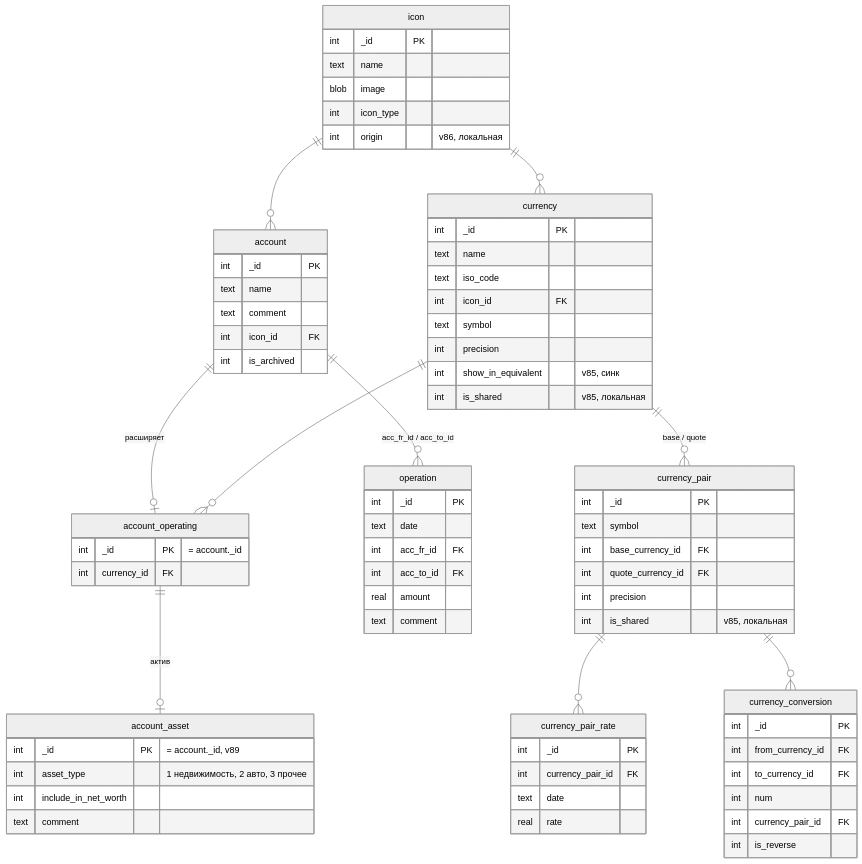
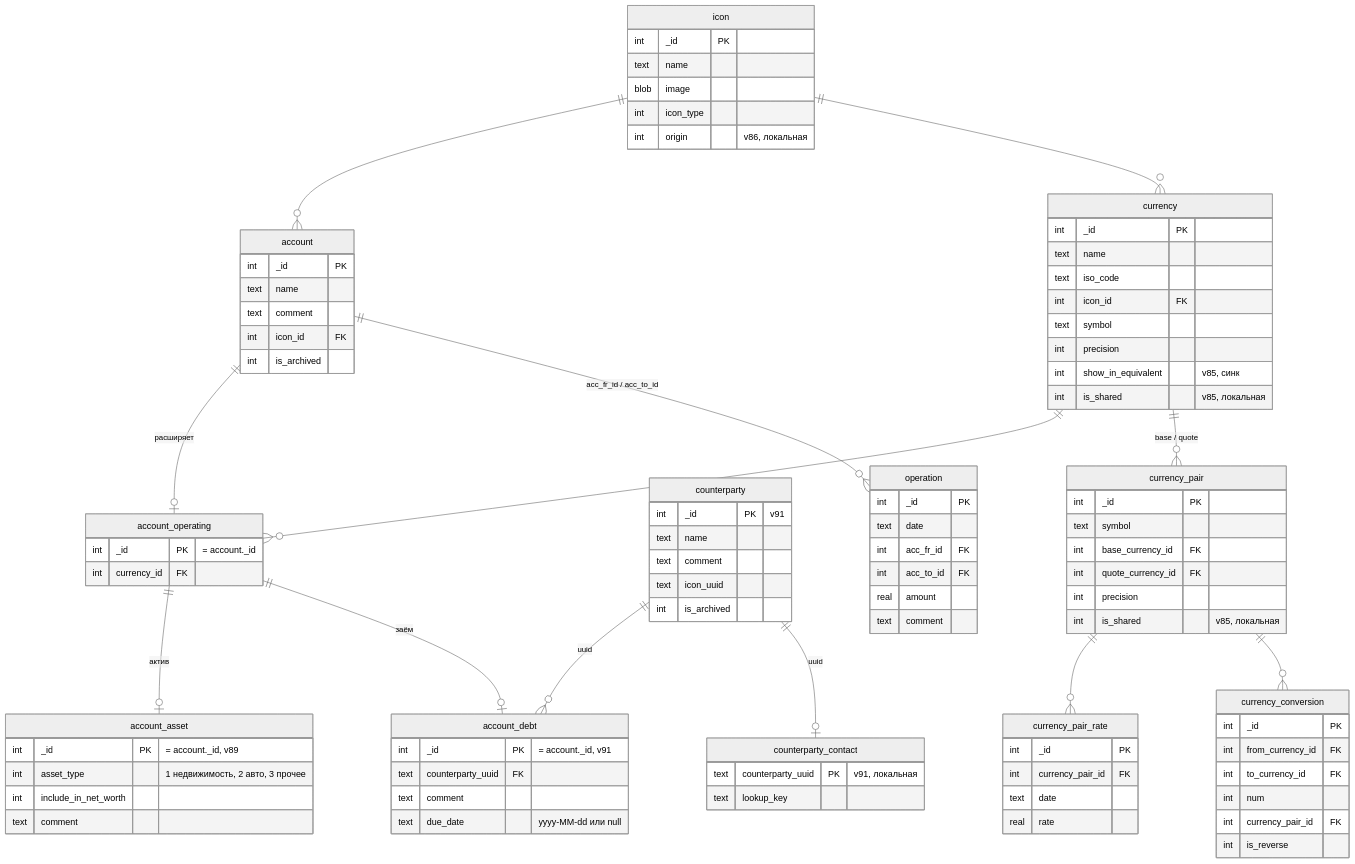
Before and after one commit to WalletTransactions/android-wallet: the second of 4 diagrams in docs/ARCHITECTURE.md, drawn with Mermaid (neutral theme). The commit also changed other lines of this file and 50 other files, not shown here.

```diff
--- a/docs/ARCHITECTURE.md
+++ b/docs/ARCHITECTURE.md
@@ -223,6 +223,23 @@
         int include_in_net_worth
         text comment
     }
+    account_debt {
+        int _id PK "= account._id, v91"
+        text counterparty_uuid FK
+        text comment
+        text due_date "yyyy-MM-dd или null"
+    }
+    counterparty {
+        int _id PK "v91"
+        text name
+        text comment
+        text icon_uuid
+        int is_archived
+    }
+    counterparty_contact {
+        text counterparty_uuid PK "v91, локальная"
+        text lookup_key
+    }
     operation {
         int _id PK
         text date
@@ -258,6 +275,9 @@
     icon ||--o{ currency : ""
     account ||--o| account_operating : "расширяет"
     account_operating ||--o| account_asset : "актив"
+    account_operating ||--o| account_debt : "заём"
+    counterparty ||--o{ account_debt : "uuid"
+    counterparty ||--o| counterparty_contact : "uuid"
     account ||--o{ operation : "acc_fr_id / acc_to_id"
     currency ||--o{ account_operating : ""
     currency ||--o{ currency_pair : "base / quote"
```
